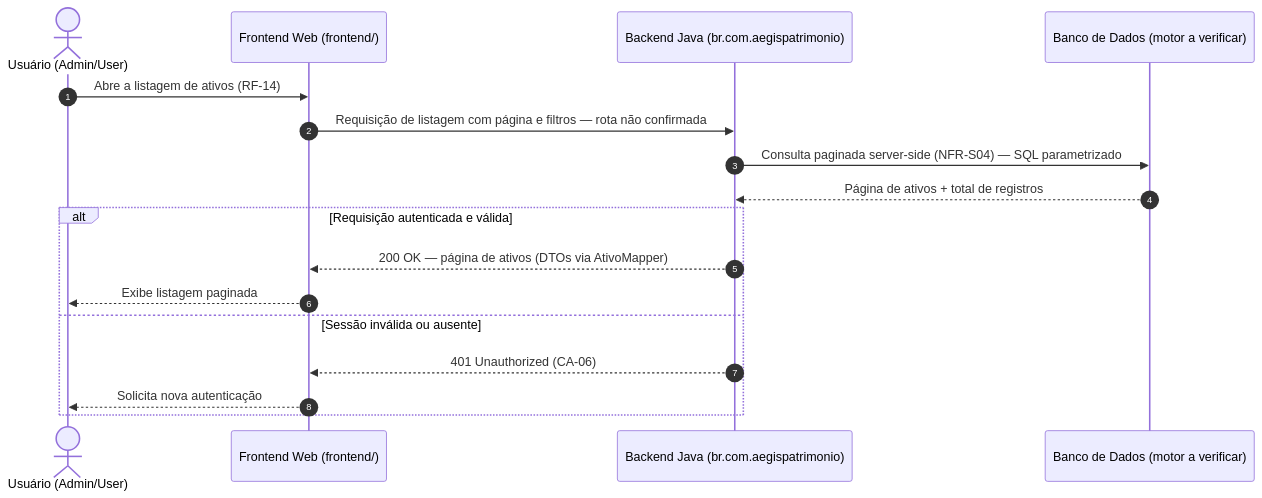
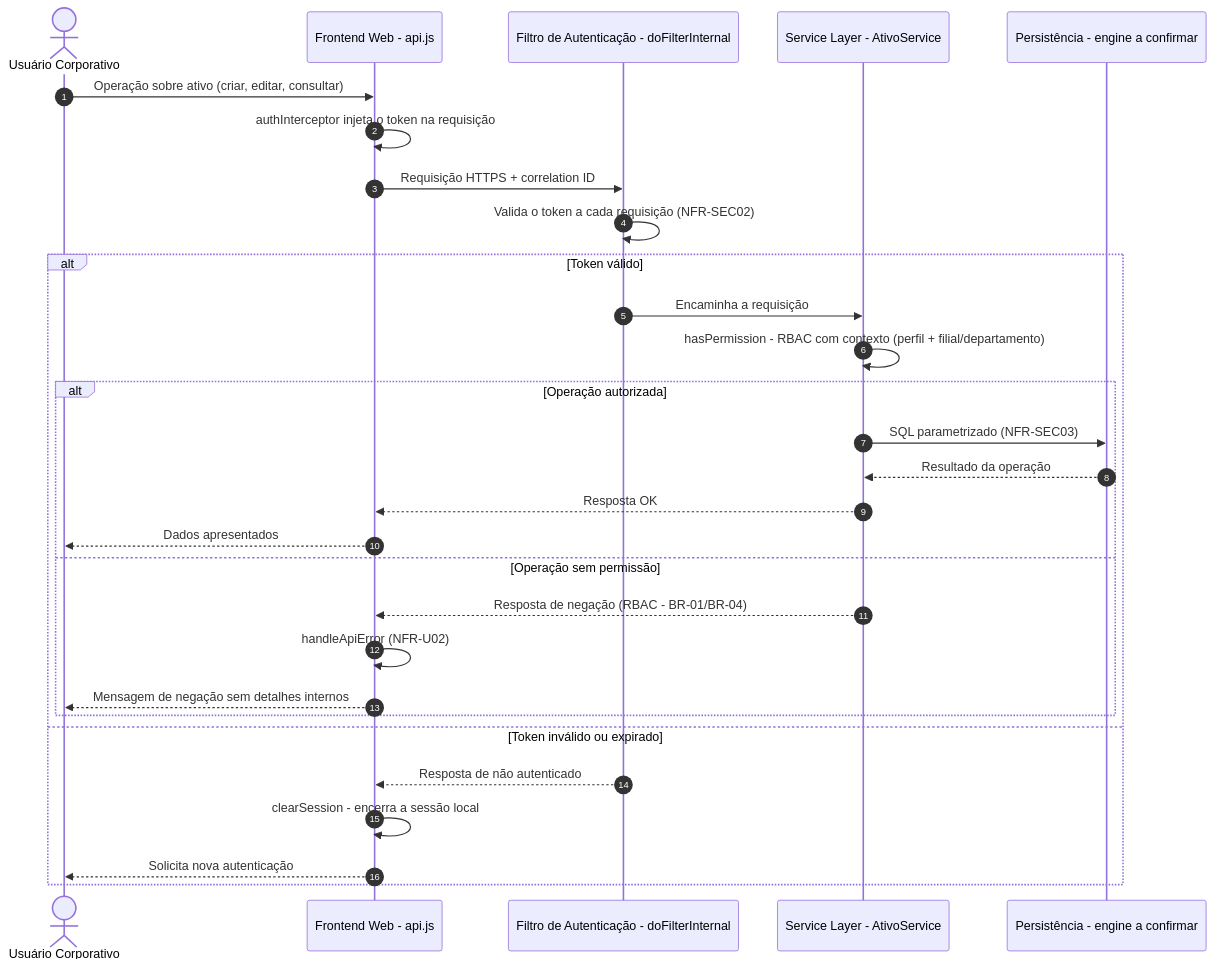
One commit to diogo-rp-menezes/aegispatrimonio changed the third of 10 diagrams in docs/03-architecture/uml-diagrams.md. Above: the diagram before and after it, drawn with Mermaid. The commit also changed other lines of this file and 49 other files, not shown here.

````diff
--- a/docs/03-architecture/uml-diagrams.md
+++ b/docs/03-architecture/uml-diagrams.md
@@ -117,20 +82,32 @@
 ```mermaid
 sequenceDiagram
     autonumber
-    actor Usuario as Usuário (Admin/User)
-    participant FE as Frontend Web (frontend/)
-    participant API as Backend Java (br.com.aegispatrimonio)
-    participant DB as Banco de Dados (motor a verificar)
+    actor Usuario as Usuário Corporativo
+    participant FE as Frontend Web - api.js
+    participant FLT as Filtro de Autenticação - doFilterInternal
+    participant SVC as Service Layer - AtivoService
+    participant DB as Persistência - engine a confirmar
 
-    Usuario->>FE: Abre a listagem de ativos (RF-14)
-    FE->>API: Requisição de listagem com página e filtros — rota não confirmada
-    API->>DB: Consulta paginada server-side (NFR-S04) — SQL parametrizado
-    DB-->>API: Página de ativos + total de registros
-    alt Requisição autenticada e válida
-        API-->>FE: 200 OK — página de ativos (DTOs via AtivoMapper)
-        FE-->>Usuario: Exibe listagem paginada
-    else Sessão inválida ou ausente
-        API-->>FE: 401 Unauthorized (CA-06)
+    Usuario->>FE: Operação sobre ativo (criar, editar, consultar)
+    FE->>FE: authInterceptor injeta o token na requisição
+    FE->>FLT: Requisição HTTPS + correlation ID
+    FLT->>FLT: Valida o token a cada requisição (NFR-SEC02)
+    alt Token válido
+        FLT->>SVC: Encaminha a requisição
+        SVC->>SVC: hasPermission - RBAC com contexto (perfil + filial/departamento)
+        alt Operação autorizada
+            SVC->>DB: SQL parametrizado (NFR-SEC03)
+            DB-->>SVC: Resultado da operação
+            SVC-->>FE: Resposta OK
+            FE-->>Usuario: Dados apresentados
+        else Operação sem permissão
+            SVC-->>FE: Resposta de negação (RBAC - BR-01/BR-04)
+            FE->>FE: handleApiError (NFR-U02)
+            FE-->>Usuario: Mensagem de negação sem detalhes internos
+        end
+    else Token inválido ou expirado
+        FLT-->>FE: Resposta de não autenticado
+        FE->>FE: clearSession - encerra a sessão local
         FE-->>Usuario: Solicita nova autenticação
     end
 ```
````
